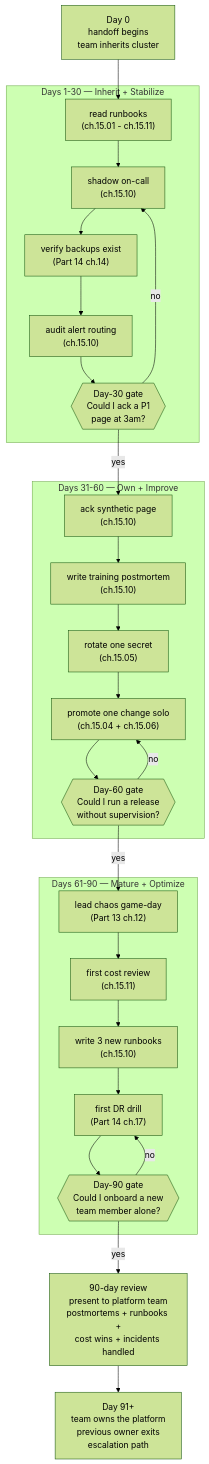
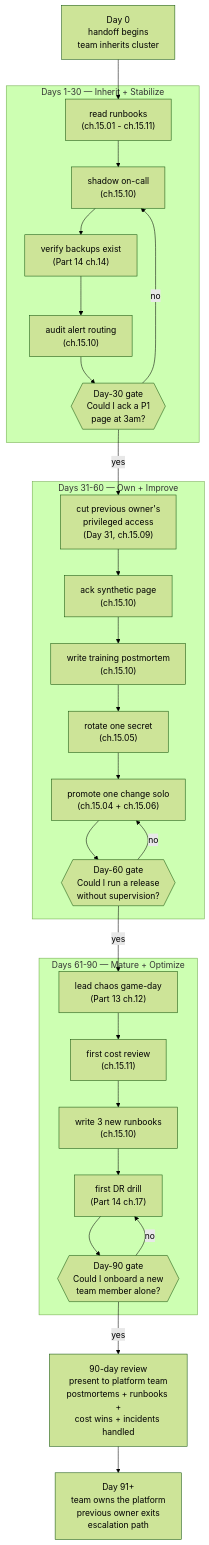
The diagram in full-guide/15-day-to-day-production-ops/12-capstone-first-90-days.md (abd-ulbasit/bookstore-kubernetes-guide), drawn with Mermaid (forest theme) before and after one commit. The commit also changed other lines of this file, not shown here.

````diff
--- a/full-guide/15-day-to-day-production-ops/12-capstone-first-90-days.md
+++ b/full-guide/15-day-to-day-production-ops/12-capstone-first-90-days.md
@@ -183,44 +190,45 @@
 ```mermaid
 flowchart TB
     start["Day 0<br/>handoff begins<br/>team inherits cluster"]
 
     subgraph p1["Days 1-30 — Inherit + Stabilize"]
         s1["read runbooks<br/>(ch.15.01 - ch.15.11)"]
         s2["shadow on-call<br/>(ch.15.10)"]
         s3["verify backups exist<br/>(Part 14 ch.14)"]
         s4["audit alert routing<br/>(ch.15.10)"]
         g1{{"Day-30 gate<br/>Could I ack a P1<br/>page at 3am?"}}
     end
 
     subgraph p2["Days 31-60 — Own + Improve"]
+        o0["cut previous owner's<br/>privileged access<br/>(Day 31, ch.15.09)"]
         o1["ack synthetic page<br/>(ch.15.10)"]
         o2["write training postmortem<br/>(ch.15.10)"]
         o3["rotate one secret<br/>(ch.15.05)"]
         o4["promote one change solo<br/>(ch.15.04 + ch.15.06)"]
         g2{{"Day-60 gate<br/>Could I run a release<br/>without supervision?"}}
     end
 
     subgraph p3["Days 61-90 — Mature + Optimize"]
         m1["lead chaos game-day<br/>(Part 13 ch.12)"]
         m2["first cost review<br/>(ch.15.11)"]
         m3["write 3 new runbooks<br/>(ch.15.10)"]
         m4["first DR drill<br/>(Part 14 ch.17)"]
         g3{{"Day-90 gate<br/>Could I onboard a new<br/>team member alone?"}}
     end
 
     review["90-day review<br/>present to platform team<br/>postmortems + runbooks +<br/>cost wins + incidents handled"]
     owned["Day 91+<br/>team owns the platform<br/>previous owner exits<br/>escalation path"]
 
     start --> s1
     s1 --> s2 --> s3 --> s4 --> g1
-    g1 -->|"yes"| o1
+    g1 -->|"yes"| o0
     g1 -->|"no"| s2
 
-    o1 --> o2 --> o3 --> o4 --> g2
+    o0 --> o1 --> o2 --> o3 --> o4 --> g2
     g2 -->|"yes"| m1
     g2 -->|"no"| o4
 
     m1 --> m2 --> m3 --> m4 --> g3
     g3 -->|"yes"| review --> owned
     g3 -->|"no"| m4
 ```
````
